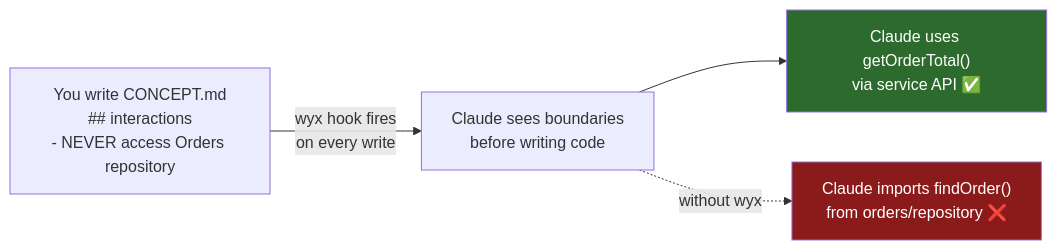
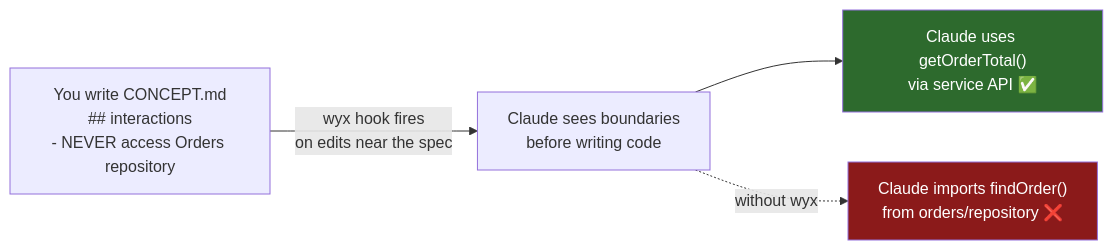
One commit to jlifyio/wyx changed the diagram in README.md. Above: the diagram before and after it, drawn with Mermaid. The commit also changed other lines of this file and 2 other files, not shown here.

````diff
--- a/README.md
+++ b/README.md
@@ -7,9 +7,9 @@
 ```mermaid
 graph LR
-    A["You write CONCEPT.md<br/>## interactions<br/>- NEVER access Orders repository"] -->|"wyx hook fires<br/>on every write"| B["Claude sees boundaries<br/>before writing code"]
+    A["You write CONCEPT.md<br/>## interactions<br/>- NEVER access Orders repository"] -->|"wyx hook fires<br/>on edits near the spec"| B["Claude sees boundaries<br/>before writing code"]
     B --> C["Claude uses getOrderTotal()<br/>via service API ✅"]
     B -.->|"without wyx"| D["Claude imports findOrder()<br/>from orders/repository ❌"]
 
     style C fill:#2d6a2d,color:#fff
     style D fill:#8b1a1a,color:#fff
 ```
````
